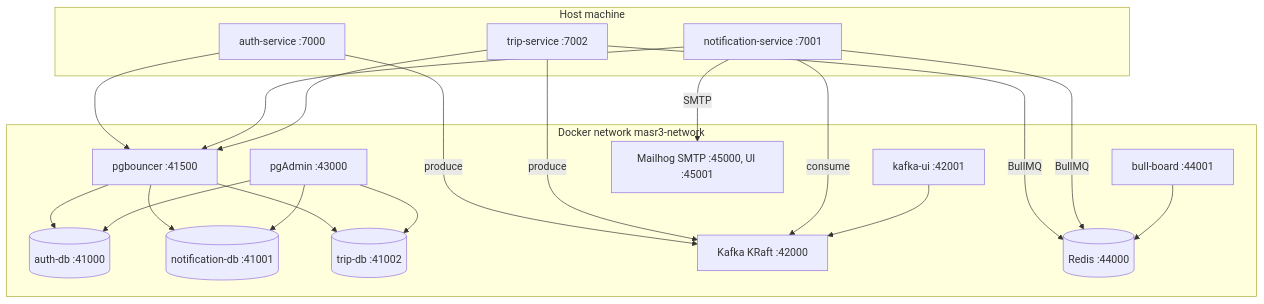
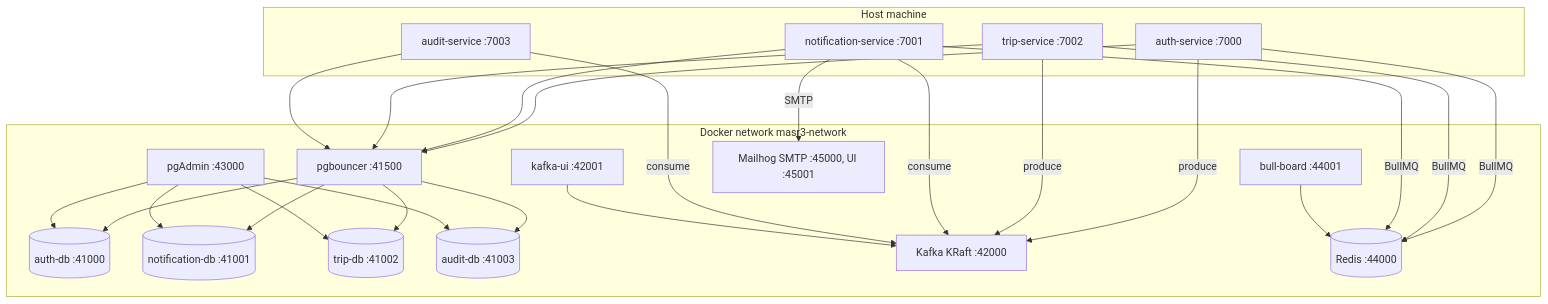
One commit to Mohammed-Taysser/masr3 changed the first of 3 diagrams in docs/infrastructure.md. Above: the diagram before and after it, drawn with Mermaid. The commit also changed other lines of this file and 114 other files, not shown here.

Commit message:
feat: finalize audit service

````diff
--- a/docs/infrastructure.md
+++ b/docs/infrastructure.md
@@ -9,33 +9,37 @@
 ```mermaid
 flowchart TB
   subgraph host[Host machine]
     auth[auth-service :7000]
     notification[notification-service :7001]
     trip[trip-service :7002]
+    audit[audit-service :7003]
   end
 
   subgraph docker[Docker network masr3-network]
     pgbouncer[pgbouncer :41500]
     authdb[(auth-db :41000)]
     notificationdb[(notification-db :41001)]
     tripdb[(trip-db :41002)]
+    auditdb[(audit-db :41003)]
     kafka[Kafka KRaft :42000]
     kafkaui[kafka-ui :42001]
     redis[(Redis :44000)]
     bullboard[bull-board :44001]
     pgadmin[pgAdmin :43000]
     mailhog[Mailhog SMTP :45000, UI :45001]
   end
 
-  auth & notification & trip --> pgbouncer
-  pgbouncer --> authdb & notificationdb & tripdb
+  auth & notification & trip & audit --> pgbouncer
+  pgbouncer --> authdb & notificationdb & tripdb & auditdb
   auth -->|produce| kafka
   trip -->|produce| kafka
   notification -->|consume| kafka
+  audit -->|consume| kafka
+  auth -->|BullMQ| redis
   trip -->|BullMQ| redis
   notification -->|BullMQ| redis
   notification -->|SMTP| mailhog
   kafkaui --> kafka
   bullboard --> redis
-  pgadmin --> authdb & notificationdb & tripdb
+  pgadmin --> authdb & notificationdb & tripdb & auditdb
 ```
````
